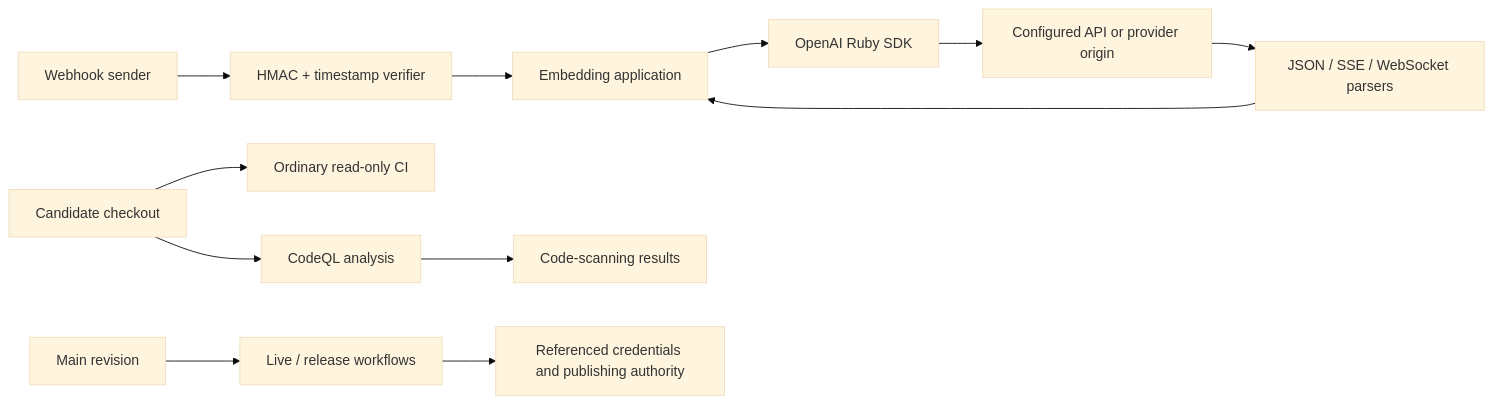
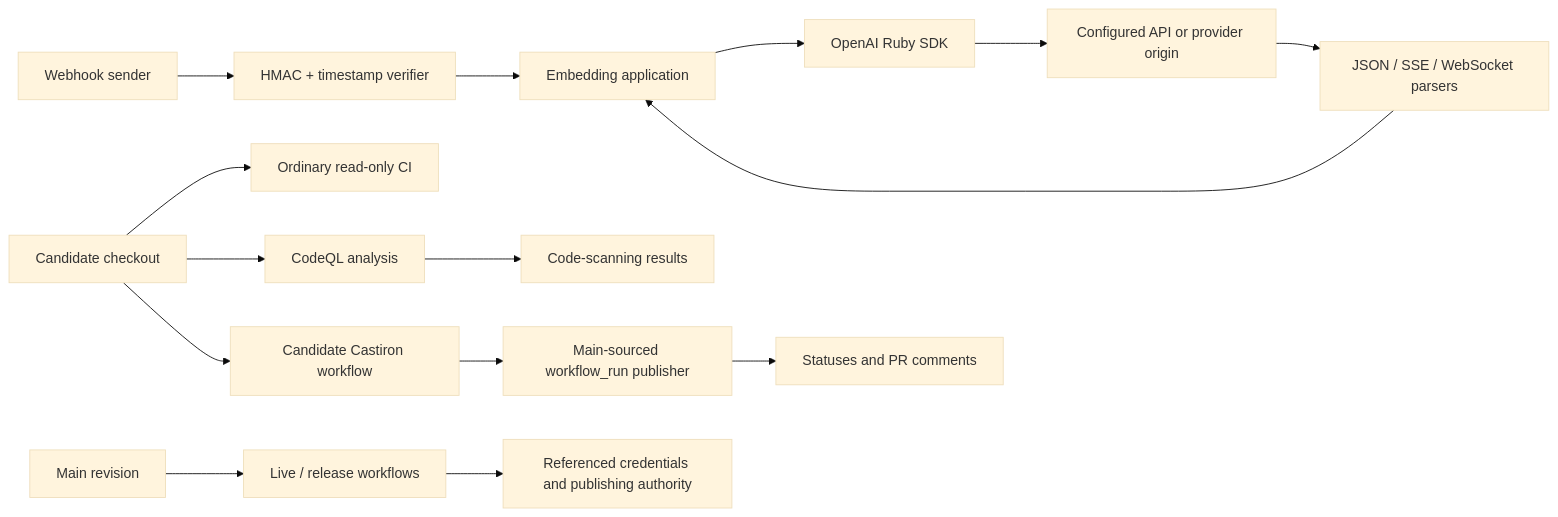
Before and after one commit to openai/openai-ruby: the diagram in docs/architecture/security-model.md, drawn with Mermaid (base theme). The commit also changed other lines of this file and 1 other file, not shown here.

Commit message:
docs: retain next publisher trust boundary during transition

````diff
--- a/docs/architecture/security-model.md
+++ b/docs/architecture/security-model.md
@@ -37,14 +38,17 @@
 ```mermaid
 flowchart LR
   Caller[Embedding application] --> SDK[OpenAI Ruby SDK]
   SDK --> API[Configured API or provider origin]
   API --> Parser[JSON / SSE / WebSocket parsers]
   Parser --> Caller
   Webhook[Webhook sender] --> Verify[HMAC + timestamp verifier]
   Verify --> Caller
   PR[Candidate checkout] --> CI[Ordinary read-only CI]
   PR --> CodeQL[CodeQL analysis]
   CodeQL --> SecurityEvents[Code-scanning results]
+  PR --> Castiron[Candidate Castiron workflow]
+  Castiron --> Trusted[Main-sourced workflow_run publisher]
+  Trusted --> GitHub[Statuses and PR comments]
   Main[Main revision] --> Live[Live / release workflows]
   Live --> Secrets[Referenced credentials and publishing authority]
 ```
````
